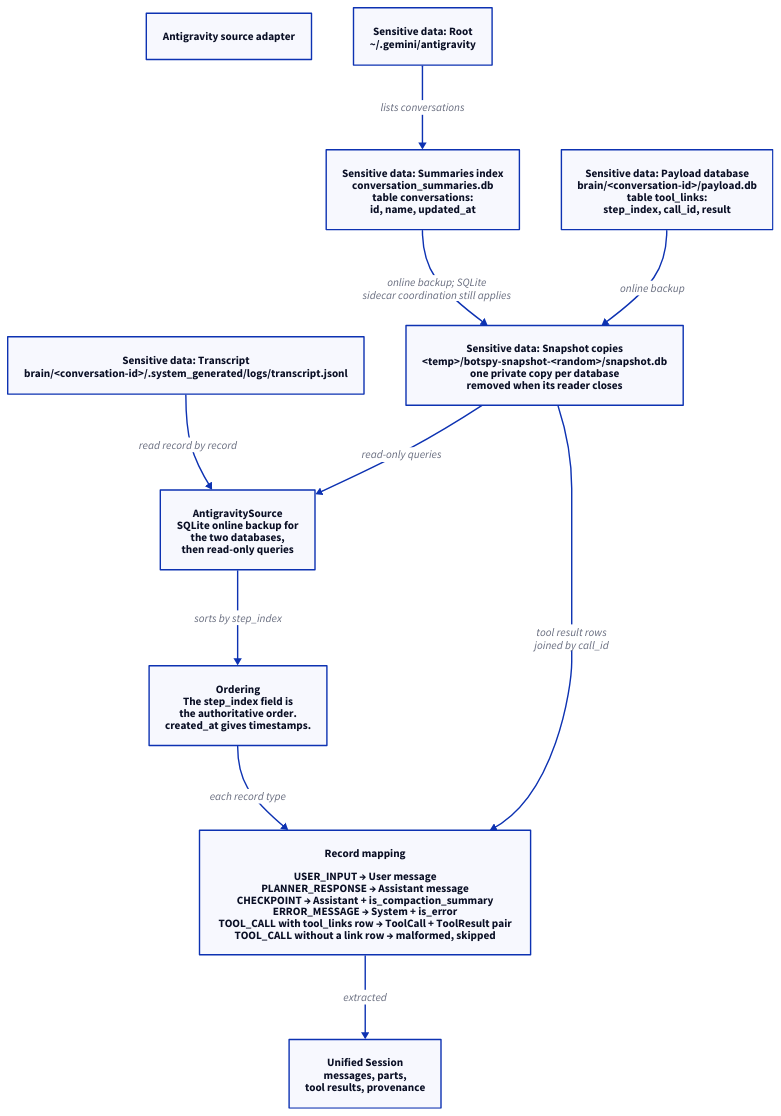
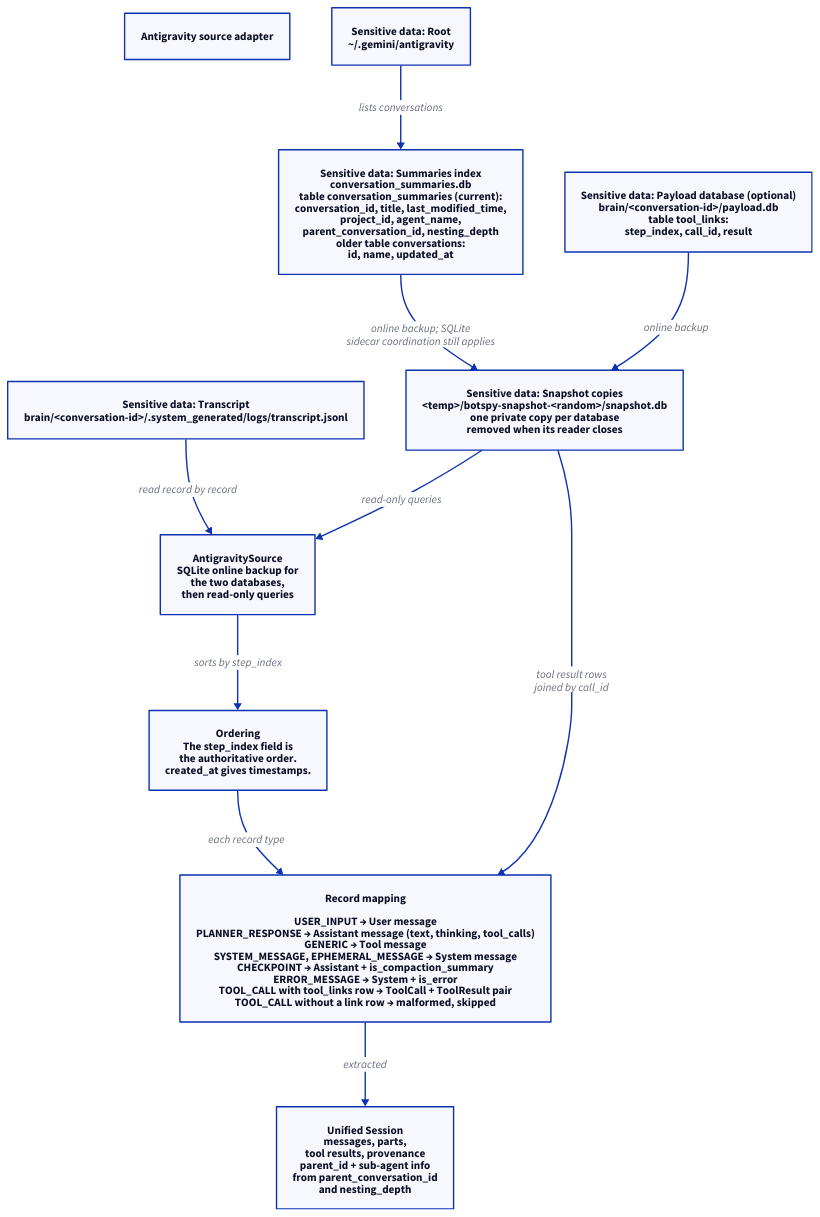
One commit to DataParade-io/BotSpy changed the diagram in docs/diagrams/antigravity.d2. Above: the diagram before and after it, drawn with D2. The commit also changed 33 other files, not shown here.

```diff
--- a/docs/diagrams/antigravity.d2
+++ b/docs/diagrams/antigravity.d2
@@ -1,56 +1,56 @@
 title: Antigravity source adapter
 
 root: {
   label: "Sensitive data: Root\n~/.gemini/antigravity"
   class: sensitive
 }
 
 summaries: {
-  label: "Sensitive data: Summaries index\nconversation_summaries.db\ntable conversations:\nid, name, updated_at"
+  label: "Sensitive data: Summaries index\nconversation_summaries.db\ntable conversation_summaries (current):\nconversation_id, title, last_modified_time,\nproject_id, agent_name,\nparent_conversation_id, nesting_depth\nolder table conversations:\nid, name, updated_at"
   class: sensitive
 }
 
 transcript: {
   label: "Sensitive data: Transcript\nbrain/<conversation-id>/.system_generated/logs/transcript.jsonl"
   class: sensitive
 }
 
 payload: {
-  label: "Sensitive data: Payload database\nbrain/<conversation-id>/payload.db\ntable tool_links:\nstep_index, call_id, result"
+  label: "Sensitive data: Payload database (optional)\nbrain/<conversation-id>/payload.db\ntable tool_links:\nstep_index, call_id, result"
   class: sensitive
 }
 
 snap: {
   label: "Sensitive data: Snapshot copies\n<temp>/botspy-snapshot-<random>/snapshot.db\none private copy per database\nremoved when its reader closes"
   class: sensitive
 }
 
 ordering: {
   label: "Ordering\nThe step_index field is\nthe authoritative order.\ncreated_at gives timestamps."
   class: tool
 }
 
 mapping: {
-  label: "Record mapping\n\nUSER_INPUT      → User message\nPLANNER_RESPONSE → Assistant message\nCHECKPOINT       → Assistant + is_compaction_summary\nERROR_MESSAGE   → System + is_error\nTOOL_CALL with tool_links row   → ToolCall + ToolResult pair\nTOOL_CALL without a link row   → malformed, skipped"
+  label: "Record mapping\n\nUSER_INPUT      → User message\nPLANNER_RESPONSE → Assistant message (text, thinking, tool_calls)\nGENERIC          → Tool message\nSYSTEM_MESSAGE, EPHEMERAL_MESSAGE → System message\nCHECKPOINT       → Assistant + is_compaction_summary\nERROR_MESSAGE   → System + is_error\nTOOL_CALL with tool_links row   → ToolCall + ToolResult pair\nTOOL_CALL without a link row   → malformed, skipped"
   class: tool
 }
 
 adapter: {
   label: "AntigravitySource\nSQLite online backup for\nthe two databases,\nthen read-only queries"
   class: tool
 }
 
 session: {
-  label: "Unified Session\nmessages, parts,\ntool results, provenance"
+  label: "Unified Session\nmessages, parts,\ntool results, provenance\nparent_id + sub-agent info\nfrom parent_conversation_id\nand nesting_depth"
   class: tool
 }
 
 root -> summaries: "lists conversations"
 summaries -> snap: "online backup; SQLite\nsidecar coordination still applies"
 payload -> snap: "online backup"
 snap -> adapter: "read-only queries"
 transcript -> adapter: "read record by record"
 adapter -> ordering: "sorts by step_index"
 ordering -> mapping: "each record type"
 mapping -> session: "extracted"
 snap -> mapping: "tool result rows\njoined by call_id"
```
